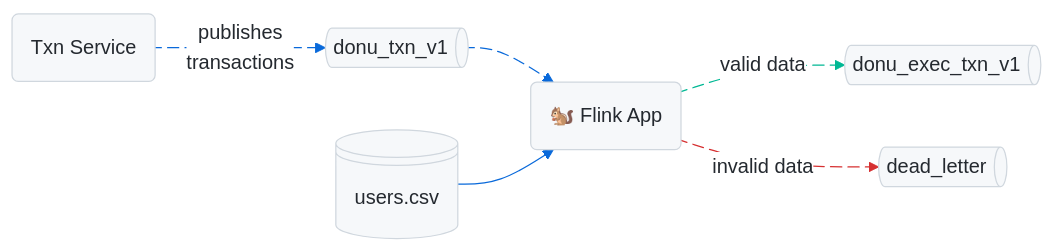
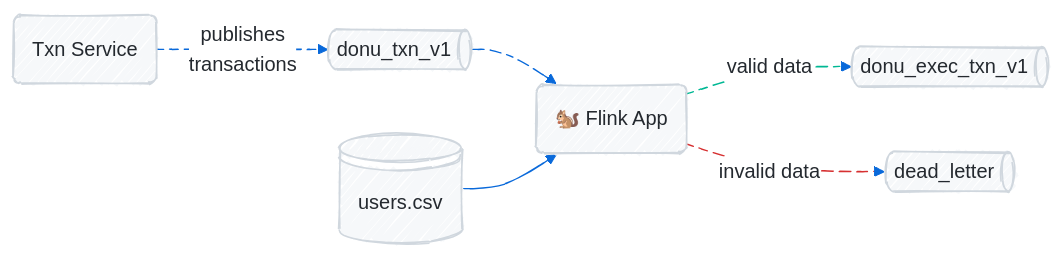
The diagram in README.md (avcaliani/deep-dive-flink), drawn with Mermaid before and after one commit. The commit also changed other lines of this file, not shown here.

First line of the commit message:
docs: add Kafka/Docker badges, UI links, and hand-drawn diagram look

````diff
--- a/README.md
+++ b/README.md
@@ -55,49 +61,50 @@
 ```mermaid
 ---
 config:
   theme: 'base'
+  look: 'handDrawn'
   themeVariables:
     primaryColor: '#f6f8fa'
     primaryTextColor: '#24292f'
     primaryBorderColor: '#d0d7de'
     lineColor: '#0969da'
     secondaryColor: '#afb8c1'
     tertiaryColor: '#ddf4ff'
     background: '#ffffff'
     edgeLabelBackground: '#ffffff'
 ---
 graph LR
   app_txn s01@-->|publishes<br>transactions| q_txn_v1
 
   q_txn_v1 s02@--> app_flink
   st_user --> app_flink
 
   app_flink s03@-->|valid data| st_txn
   app_flink s04@-->|invalid data| q_dead_letter
 
 %% ----------------------------------------
 %%  Style
 %% ----------------------------------------
 
 %% Applications
 app_txn@{ shape: rounded, label: "Txn Service" }
 app_flink@{ shape: rounded, label: "🐿️ Flink App" }
 
 %% Queues
 q_txn_v1@{ shape: das, label: "donu_txn_v1" }
 q_dead_letter@{ shape: das, label: "dead_letter"}
 
 %% Storage
 st_user@{ shape: disk, label: "users.csv" }
 st_txn@{ shape: das, label: "donu_exec_txn_v1" }
 
 %% Animation
 s01@{ animate: true }
 s02@{ animate: true }
 s03@{ animate: true }
 s04@{ animate: true }
 
 %% Arrow Colors
 linkStyle 3 stroke:#00b894
 linkStyle 4 stroke:#d63031
 ```
````
